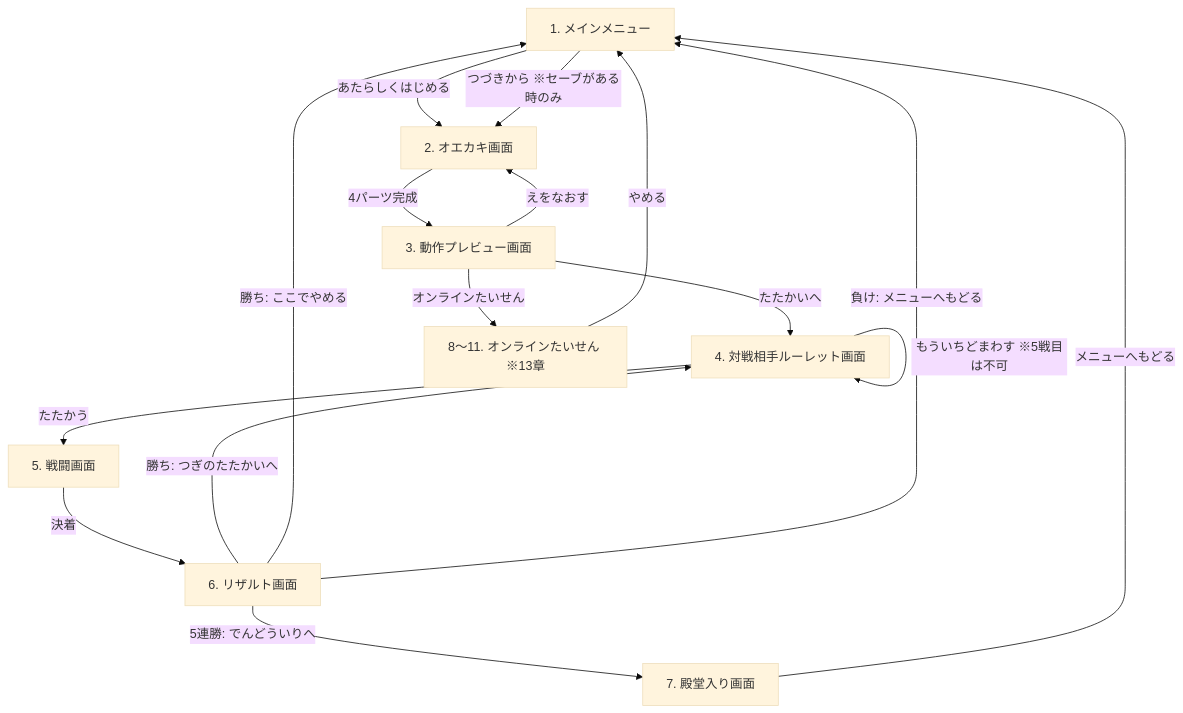
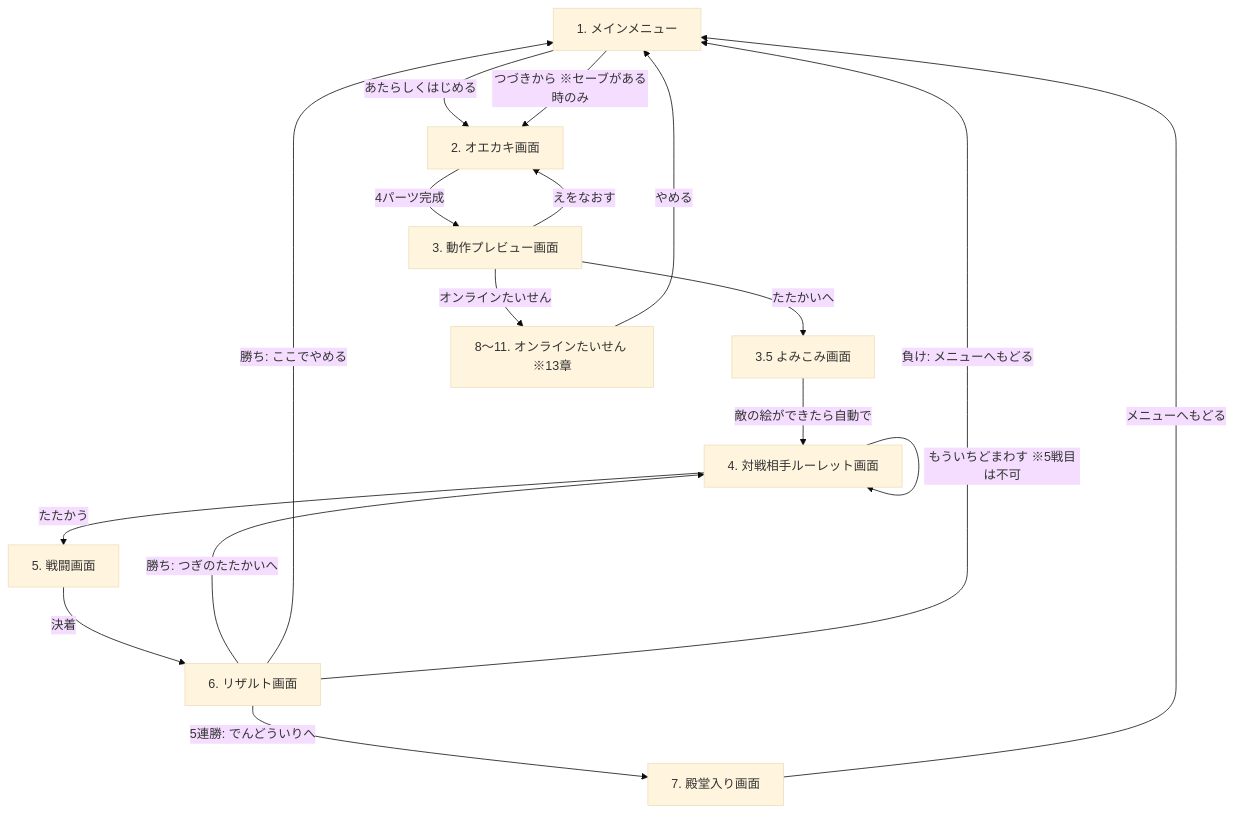
One commit to sakanayuki/cc_rakugaki changed the first of 3 diagrams in DESIGN.md. Above: the diagram before and after it, drawn with Mermaid (base theme). The commit also changed other lines of this file and 8 other files, not shown here.

````diff
--- a/DESIGN.md
+++ b/DESIGN.md
@@ -161,18 +161,19 @@
 ```mermaid
 flowchart TD
     MENU[1. メインメニュー] -->|あたらしくはじめる| DRAW[2. オエカキ画面]
     MENU -->|つづきから ※セーブがある時のみ| DRAW
     DRAW -->|4パーツ完成| PREVIEW[3. 動作プレビュー画面]
     PREVIEW -->|えをなおす| DRAW
-    PREVIEW -->|たたかいへ| ROULETTE[4. 対戦相手ルーレット画面]
+    PREVIEW -->|たたかいへ| LOADING[3.5 よみこみ画面]
+    LOADING -->|敵の絵ができたら自動で| ROULETTE[4. 対戦相手ルーレット画面]
     ROULETTE -->|たたかう| BATTLE[5. 戦闘画面]
     ROULETTE -->|もういちどまわす ※5戦目は不可| ROULETTE
     BATTLE -->|決着| RESULT[6. リザルト画面]
     RESULT -->|勝ち: つぎのたたかいへ| ROULETTE
     RESULT -->|勝ち: ここでやめる| MENU
     RESULT -->|5連勝: でんどういりへ| HALL[7. 殿堂入り画面]
     RESULT -->|負け: メニューへもどる| MENU
     HALL -->|メニューへもどる| MENU
     PREVIEW -->|オンラインたいせん| ONLINE[8〜11. オンラインたいせん ※13章]
     ONLINE -->|やめる| MENU
 ```
````
